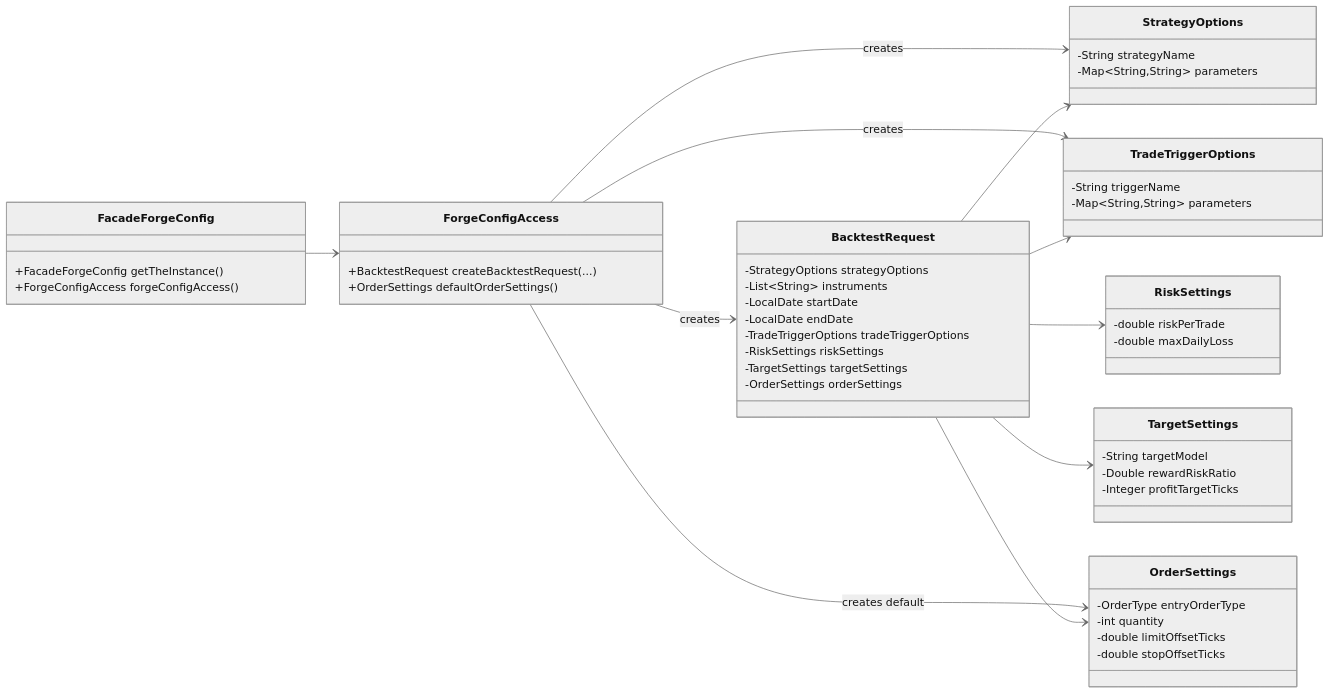
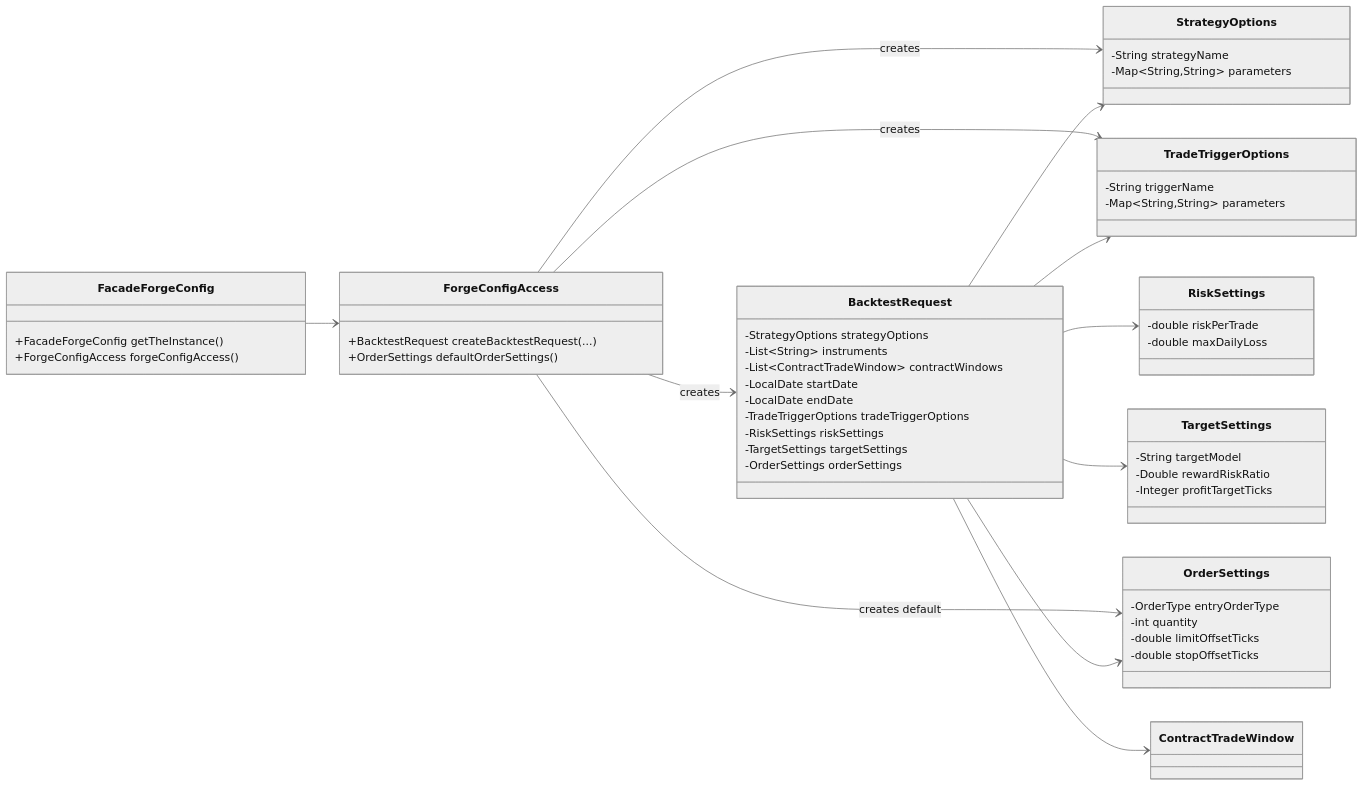
The fifth of 19 diagrams in class-model.md (probst-paul/FORGE), drawn with Mermaid (neutral theme) before and after one commit. The commit also changed 8 other files, not shown here.

First line of the commit message:
Pass contract windows through BacktestRequest

````diff
--- a/class-model.md
+++ b/class-model.md
@@ -310,64 +310,66 @@
 ```mermaid
 classDiagram
     direction LR
 
     class FacadeForgeConfig {
         +FacadeForgeConfig getTheInstance()
         +ForgeConfigAccess forgeConfigAccess()
     }
 
     class ForgeConfigAccess {
         +BacktestRequest createBacktestRequest(...)
         +OrderSettings defaultOrderSettings()
     }
 
     class BacktestRequest {
         -StrategyOptions strategyOptions
         -List~String~ instruments
+        -List~ContractTradeWindow~ contractWindows
         -LocalDate startDate
         -LocalDate endDate
         -TradeTriggerOptions tradeTriggerOptions
         -RiskSettings riskSettings
         -TargetSettings targetSettings
         -OrderSettings orderSettings
     }
 
     class StrategyOptions {
         -String strategyName
         -Map~String,String~ parameters
     }
 
     class TradeTriggerOptions {
         -String triggerName
         -Map~String,String~ parameters
     }
 
     class RiskSettings {
         -double riskPerTrade
         -double maxDailyLoss
     }
 
     class TargetSettings {
         -String targetModel
         -Double rewardRiskRatio
         -Integer profitTargetTicks
     }
 
     class OrderSettings {
         -OrderType entryOrderType
         -int quantity
         -double limitOffsetTicks
         -double stopOffsetTicks
     }
 
     FacadeForgeConfig --> ForgeConfigAccess
     ForgeConfigAccess --> BacktestRequest : creates
     ForgeConfigAccess --> StrategyOptions : creates
     ForgeConfigAccess --> TradeTriggerOptions : creates
     ForgeConfigAccess --> OrderSettings : creates default
     BacktestRequest --> StrategyOptions
     BacktestRequest --> TradeTriggerOptions
     BacktestRequest --> RiskSettings
     BacktestRequest --> TargetSettings
     BacktestRequest --> OrderSettings
+    BacktestRequest --> ContractTradeWindow
 ```
````
